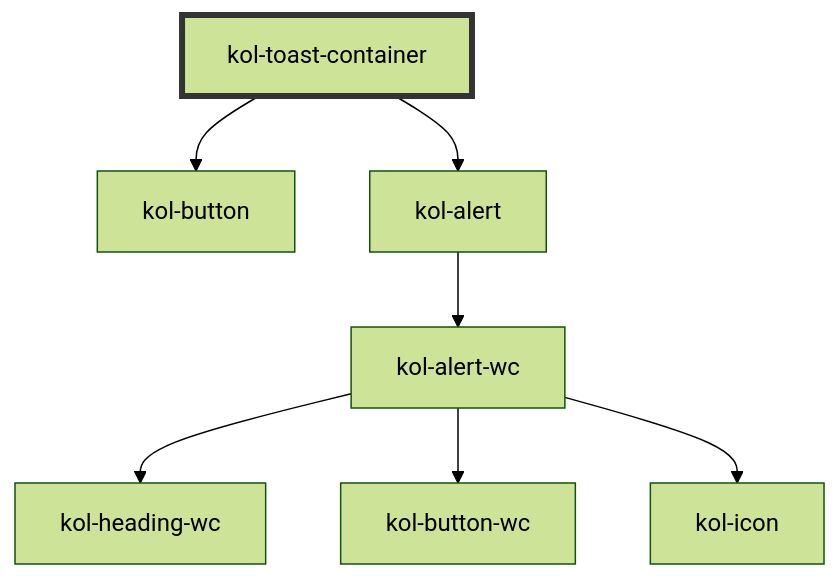
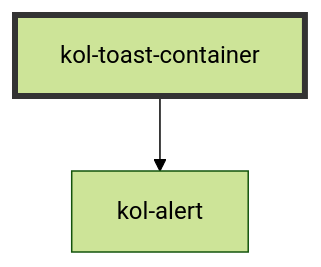
The diagram in packages/components/src/components/toaster/readme.md (public-ui/kolibri), drawn with Mermaid (forest theme) before and after one commit. The commit also changed other lines of this file and 90 other files, not shown here.

````diff
--- a/packages/components/src/components/toaster/readme.md
+++ b/packages/components/src/components/toaster/readme.md
@@ -102,10 +101,5 @@
 ```mermaid
 graph TD;
-  kol-toast-container --> kol-button
   kol-toast-container --> kol-alert
-  kol-alert --> kol-alert-wc
-  kol-alert-wc --> kol-heading-wc
-  kol-alert-wc --> kol-button-wc
-  kol-alert-wc --> kol-icon
   style kol-toast-container stroke:#333,stroke-width:4px
 ```
````
